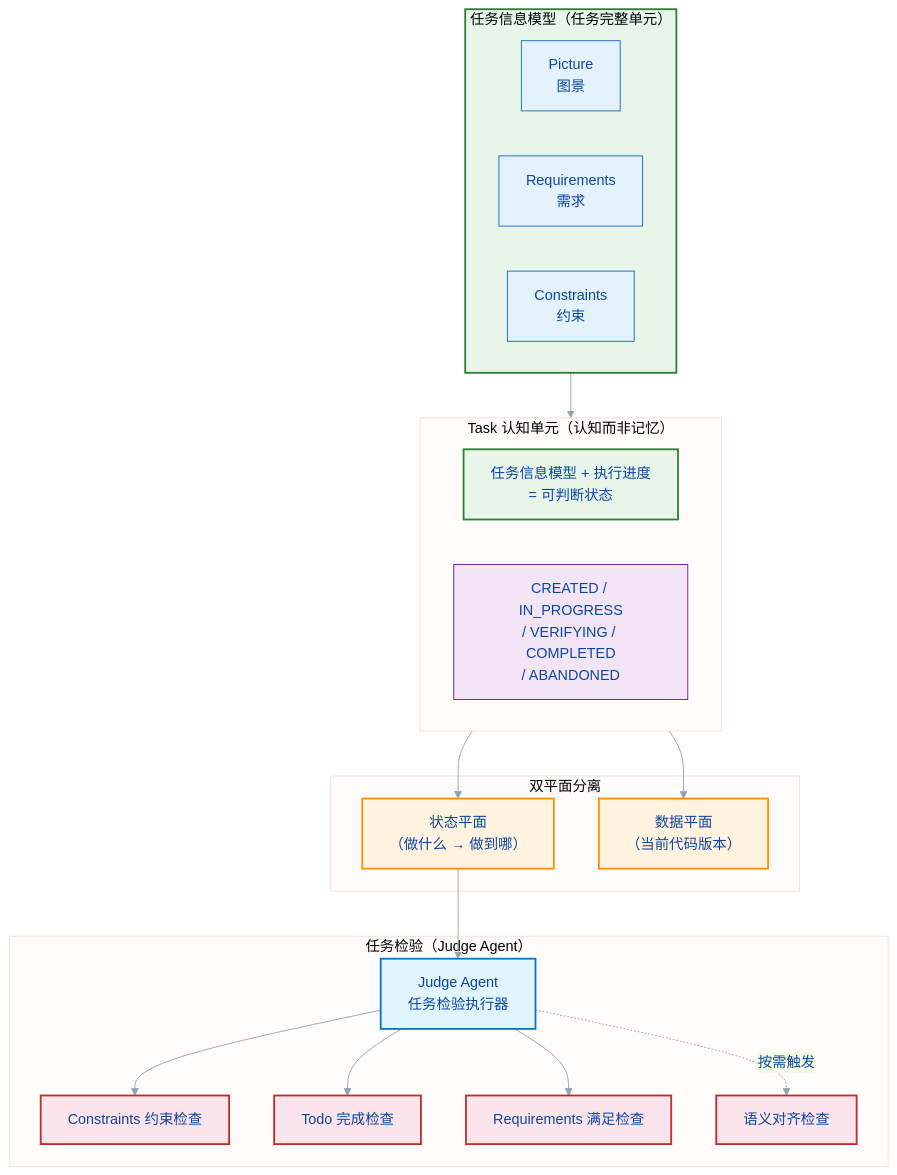
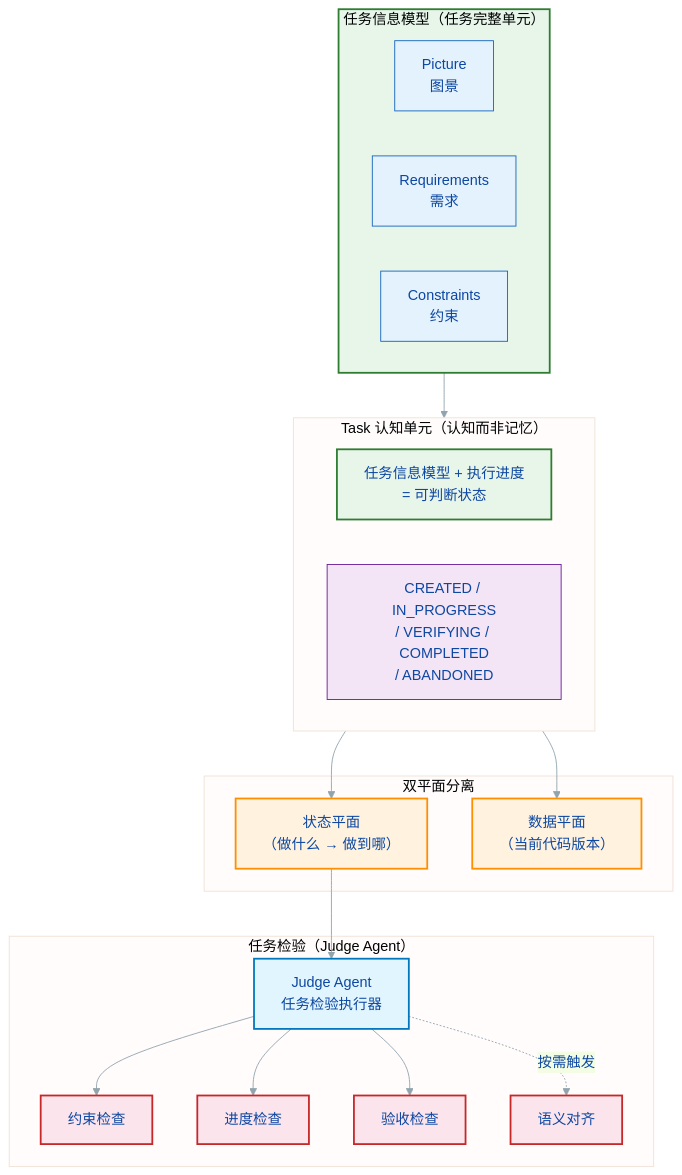
The first of 7 diagrams in docs/spec.md (Lazyn0tBug/mem0ress), drawn with Mermaid before and after one commit. The commit also changed other lines of this file, not shown here.

````diff
--- a/docs/spec.md
+++ b/docs/spec.md
@@ -55,49 +55,49 @@
 ```mermaid
 %% label：核心解法总览
 %%{ init: { 'theme': 'base', 'themeVariables': { 'primaryColor': '#e3f2fd', 'primaryTextColor': '#0d47a1', 'primaryBorderColor': '#1565c0', 'lineColor': '#90a4ae', 'fontFamily': 'arial' } } }%%
 graph TB
     subgraph PRC["任务信息模型（任务完整单元）"]
         PIC["Picture\n图景"]
         REQ["Requirements\n需求"]
         CST["Constraints\n约束"]
     end
 
     subgraph TASK["Task 认知单元（认知而非记忆）"]
         TR["任务信息模型 + 执行进度\n= 可判断状态"]
         ST["CREATED / IN_PROGRESS\n/ VERIFYING / COMPLETED\n/ ABANDONED"]
     end
 
     subgraph DUAL["双平面分离"]
         SP["状态平面\n（做什么 → 做到哪）"]
         DP["数据平面\n（当前代码版本）"]
     end
 
     subgraph TIERS["任务检验（Judge Agent）"]
         J["Judge Agent\n任务检验执行器"]
-        C["Constraints 约束检查"]
-        T["Todo 完成检查"]
-        R["Requirements 满足检查"]
-        S["语义对齐检查"]
+        C["约束检查"]
+        T["进度检查"]
+        R["验收检查"]
+        S["语义对齐"]
     end
 
     PRC --> TASK
     TASK --> SP
     TASK --> DP
     SP --> J
     J --> C
     J --> T
     J --> R
     J -.->|按需触发| S
 
     classDef prc fill:#e8f5e9,stroke:#2e7d32,stroke-width:2px;
     classDef task fill:#e3f2fd,stroke:#1565c0,stroke-width:2px;
     classDef plane fill:#fff3e0,stroke:#ff8f00,stroke-width:2px;
     classDef tier fill:#fce4ec,stroke:#c62828,stroke-width:2px;
     classDef judge fill:#e1f5fe,stroke:#0277bd,stroke-width:2px;
     classDef state fill:#f3e5f5,stroke:#6a1b9a,stroke-width:1px;
     class PRC,task,TR,ST prc;
     class SP,DP plane;
     class C,T,R,S tier;
     class J judge;
     class ST state;
 ```
````
